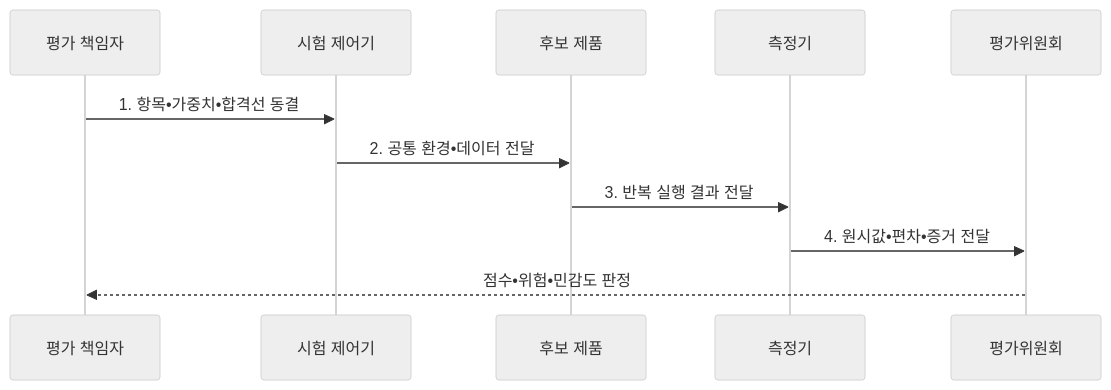
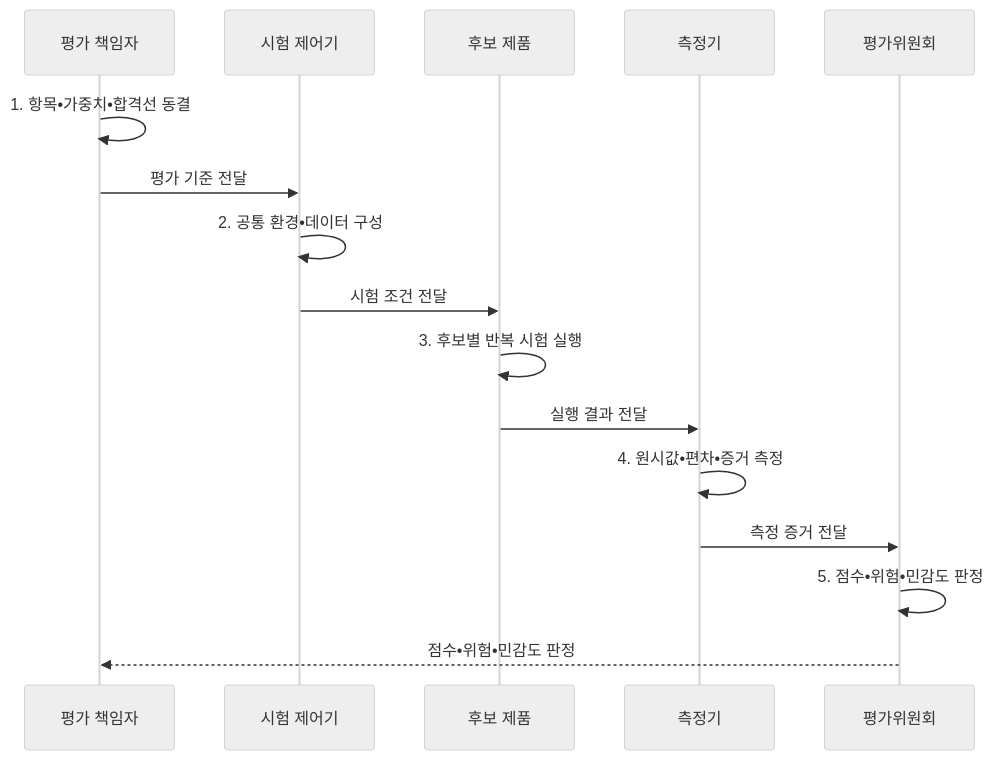
The second of 2 diagrams in src/content/docs/notes/06-evaluation/010_bmt_methodology.md (agnusdei1207/knowledge-base), drawn with Mermaid (neutral theme) before and after one commit. The commit also changed other lines of this file and 20 other files, not shown here.

````diff
--- a/src/content/docs/notes/06-evaluation/010_bmt_methodology.md
+++ b/src/content/docs/notes/06-evaluation/010_bmt_methodology.md
@@ -100,13 +100,18 @@
 ```mermaid
 sequenceDiagram
   participant O as 평가 책임자
   participant C as 시험 제어기
   participant P as 후보 제품
   participant M as 측정기
   participant A as 평가위원회
-  O->>C: 1. 항목•가중치•합격선 동결
-  C->>P: 2. 공통 환경•데이터 전달
-  P->>M: 3. 반복 실행 결과 전달
-  M->>A: 4. 원시값•편차•증거 전달
+  O->>O: 1. 항목•가중치•합격선 동결
+  O->>C: 평가 기준 전달
+  C->>C: 2. 공통 환경•데이터 구성
+  C->>P: 시험 조건 전달
+  P->>P: 3. 후보별 반복 시험 실행
+  P->>M: 실행 결과 전달
+  M->>M: 4. 원시값•편차•증거 측정
+  M->>A: 측정 증거 전달
+  A->>A: 5. 점수•위험•민감도 판정
   A-->>O: 점수•위험•민감도 판정
 ```
````
